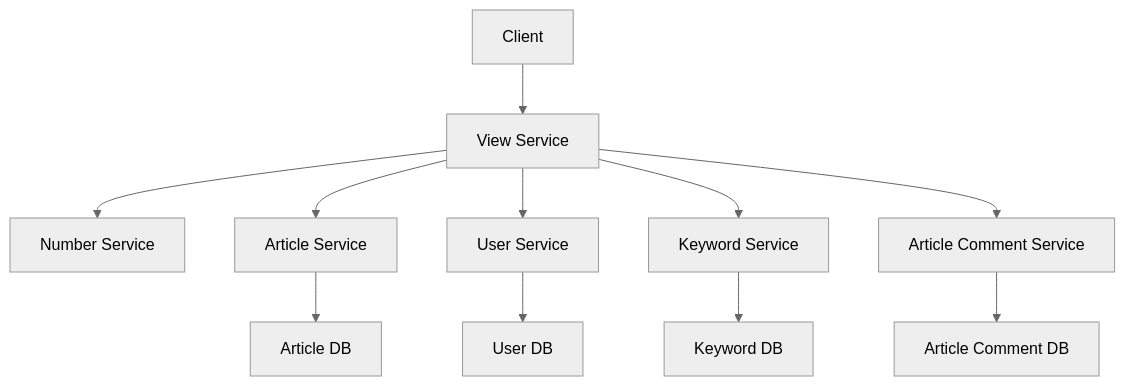
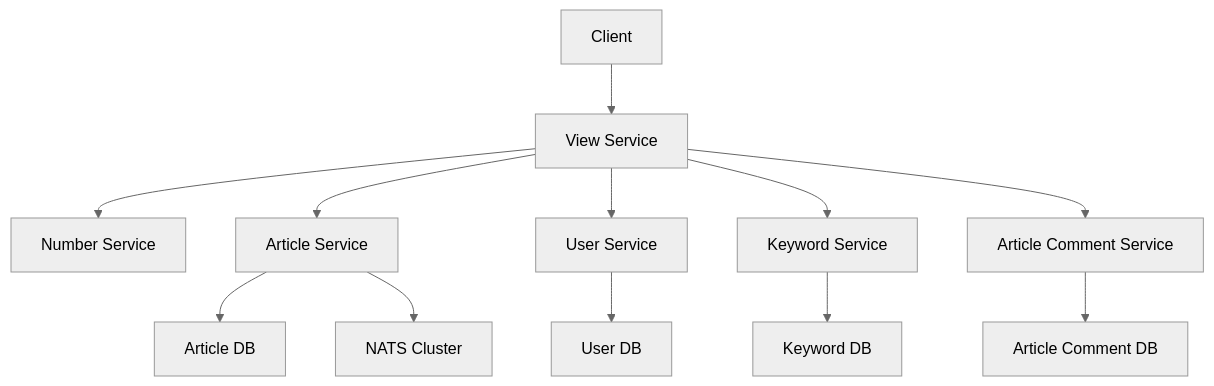
Before and after one commit to leonsteinhaeuser/example-app: the diagram in README.md, drawn with Mermaid (neutral theme).

Commit message:
docs: added nats cluster leaf path

````diff
--- a/README.md
+++ b/README.md
@@ -5,18 +5,20 @@
 ```mermaid
 graph TD
   A[Client] --> B[View Service]
+  NATS[NATS Cluster]
 
   B --> C[Number Service]
 
   B --> D[Article Service]
   D --> D1[Article DB]
+  D --> NATS
 
   B --> E[User Service]
   E --> E1[User DB]
 
   B --> F[Keyword Service]
   F --> F1[Keyword DB]
 
   B --> G[Article Comment Service]
   G --> G1[Article Comment DB]
 ```
````
